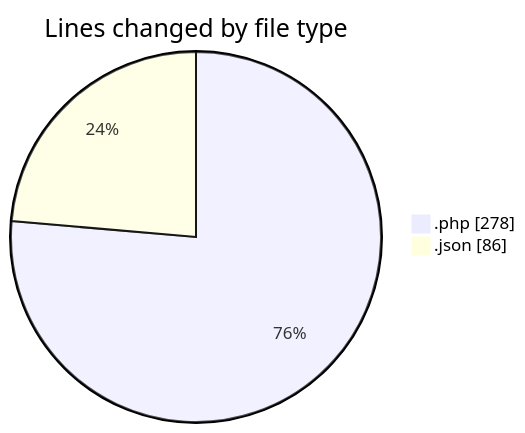
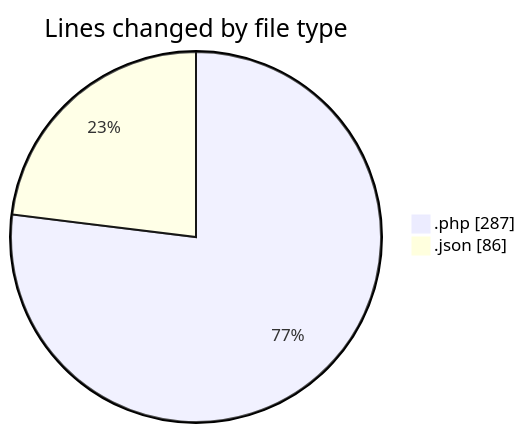
Before and after one commit to vahidmafi/code-tracking: the first of 2 diagrams in 2025-04-11/zeytoon/README.md, drawn with Mermaid. The commit also changed other lines of this file and 1 other file, not shown here.

````diff
--- a/2025-04-11/zeytoon/README.md
+++ b/2025-04-11/zeytoon/README.md
@@ -23,6 +23,6 @@
 ```mermaid
 pie showData
 title Lines changed by file type
-".php" : 278
+".php" : 287
 ".json" : 86
 ```
````
